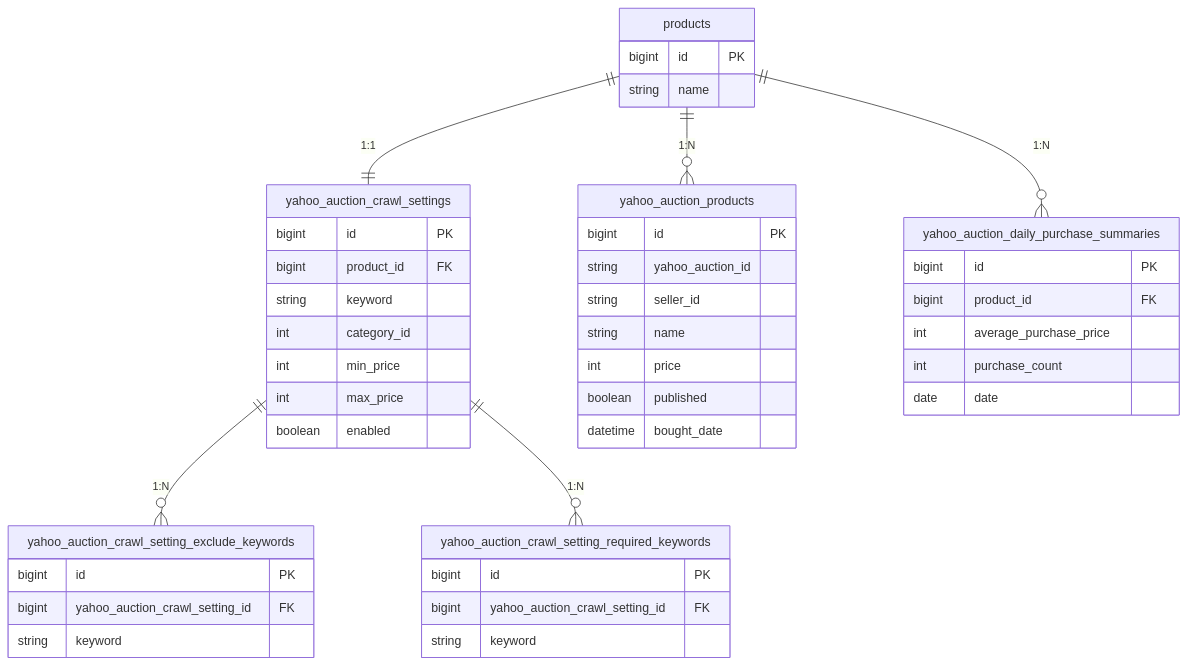
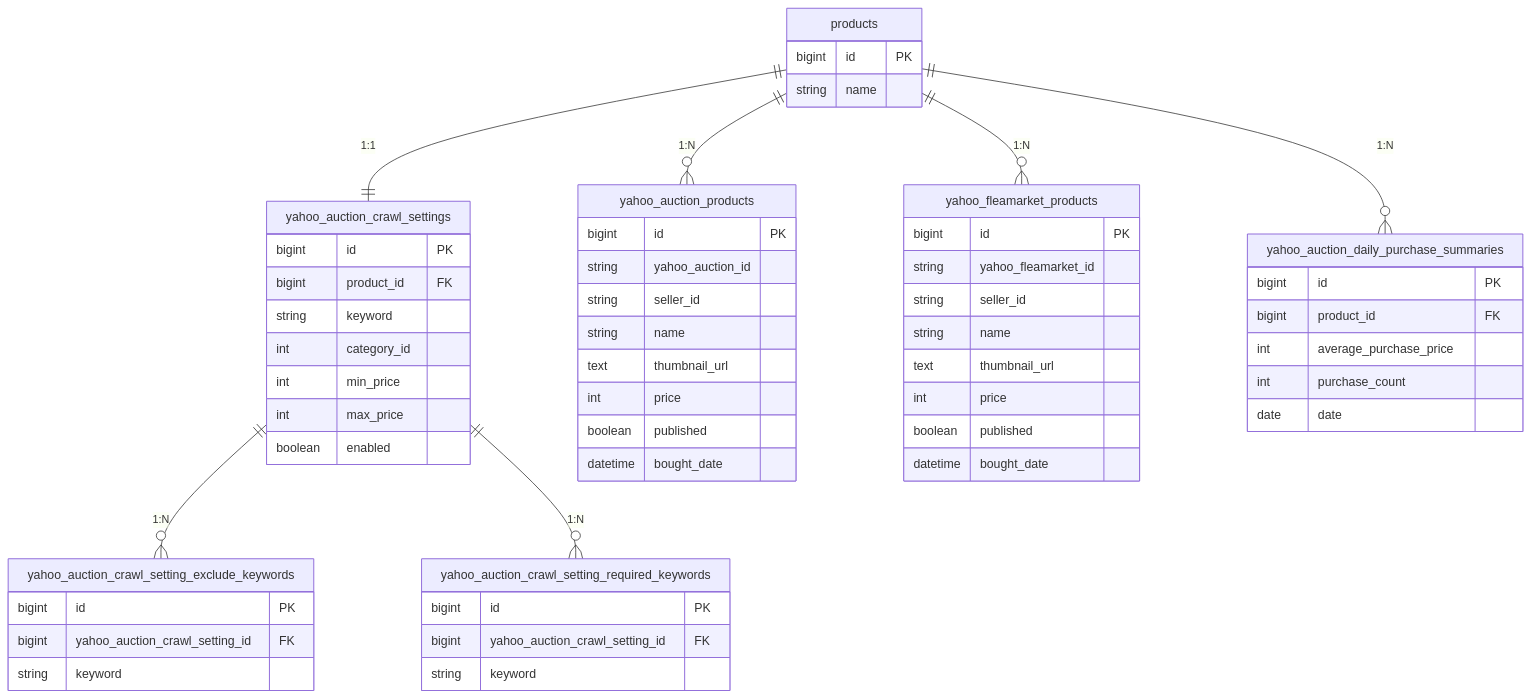
Before and after one commit to kuroweb/price-monitoring: the second of 4 diagrams in README.md, drawn with Mermaid. The commit also changed other lines of this file and 11 other files, not shown here.

````diff
--- a/README.md
+++ b/README.md
@@ -78,48 +78,60 @@
 ```mermaid
 erDiagram
   products {
     bigint id PK
     string name
   }
   yahoo_auction_crawl_settings {
     bigint id PK
     bigint product_id FK
     string keyword
     int category_id
     int min_price
     int max_price
     boolean enabled
   }
   yahoo_auction_crawl_setting_exclude_keywords {
     bigint id PK
     bigint yahoo_auction_crawl_setting_id FK
     string keyword
   }
   yahoo_auction_crawl_setting_required_keywords {
     bigint id PK
     bigint yahoo_auction_crawl_setting_id FK
     string keyword
   }
   yahoo_auction_products {
     bigint id PK
     string yahoo_auction_id
     string seller_id
     string name
+    text thumbnail_url
+    int price
+    boolean published
+    datetime bought_date
+  }
+  yahoo_fleamarket_products {
+    bigint id PK
+    string yahoo_fleamarket_id
+    string seller_id
+    string name
+    text thumbnail_url
     int price
     boolean published
     datetime bought_date
   }
   yahoo_auction_daily_purchase_summaries {
     bigint id PK
     bigint product_id FK
     int average_purchase_price
     int purchase_count
     date date
   }
 
   products ||--|| yahoo_auction_crawl_settings : "1:1"
   yahoo_auction_crawl_settings ||--o{ yahoo_auction_crawl_setting_exclude_keywords : "1:N"
   yahoo_auction_crawl_settings ||--o{ yahoo_auction_crawl_setting_required_keywords : "1:N"
   products ||--o{ yahoo_auction_products : "1:N"
+  products ||--o{ yahoo_fleamarket_products : "1:N"
   products ||--o{ yahoo_auction_daily_purchase_summaries : "1:N"
 ```
````
